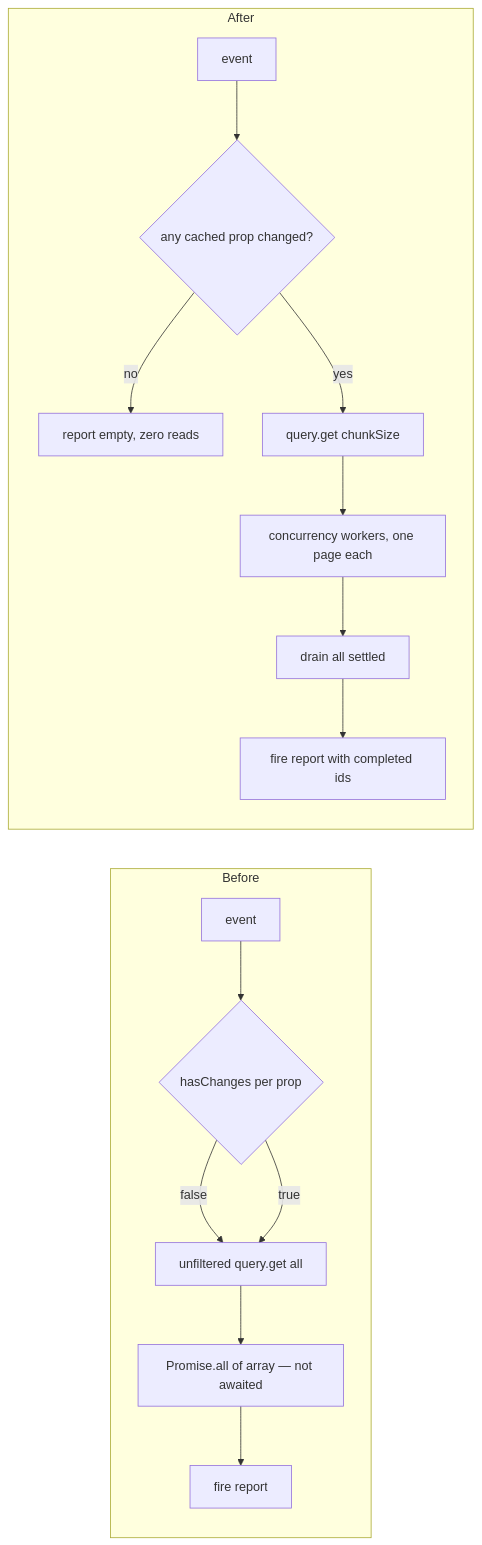
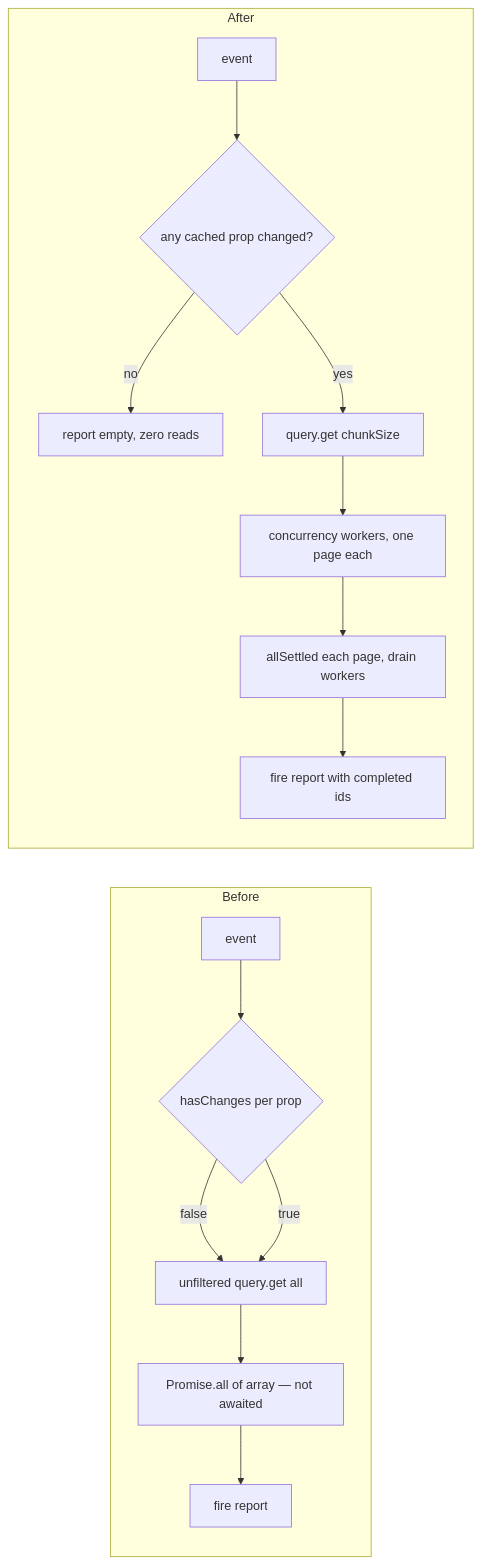
Before and after one commit to entropic-bond/entropic-bond: the third of 3 diagrams in specs/gh-issue-19/cached-props-fanout-design.md, drawn with Mermaid. The commit also changed other lines of this file and 3 other files, not shown here.

First line of the commit message:
fix: drain failing page and abort on read failure in CachedPropsUpdater fan-out

````diff
--- a/specs/gh-issue-19/cached-props-fanout-design.md
+++ b/specs/gh-issue-19/cached-props-fanout-design.md
@@ -179,18 +191,18 @@
 ```mermaid
 flowchart LR
   subgraph Before[Before]
     A1[event] --> A2{hasChanges per prop}
     A2 -->|false| A3[unfiltered query.get all]
     A2 -->|true| A3
     A3 --> A4[Promise.all of array — not awaited]
     A4 --> A5[fire report]
   end
   subgraph After[After]
     B1[event] --> B2{any cached prop changed?}
     B2 -->|no| B3[report empty, zero reads]
     B2 -->|yes| B4[query.get chunkSize]
     B4 --> B5[concurrency workers, one page each]
-    B5 --> B6[drain all settled]
+    B5 --> B6[allSettled each page, drain workers]
     B6 --> B7[fire report with completed ids]
   end
 ```
````
